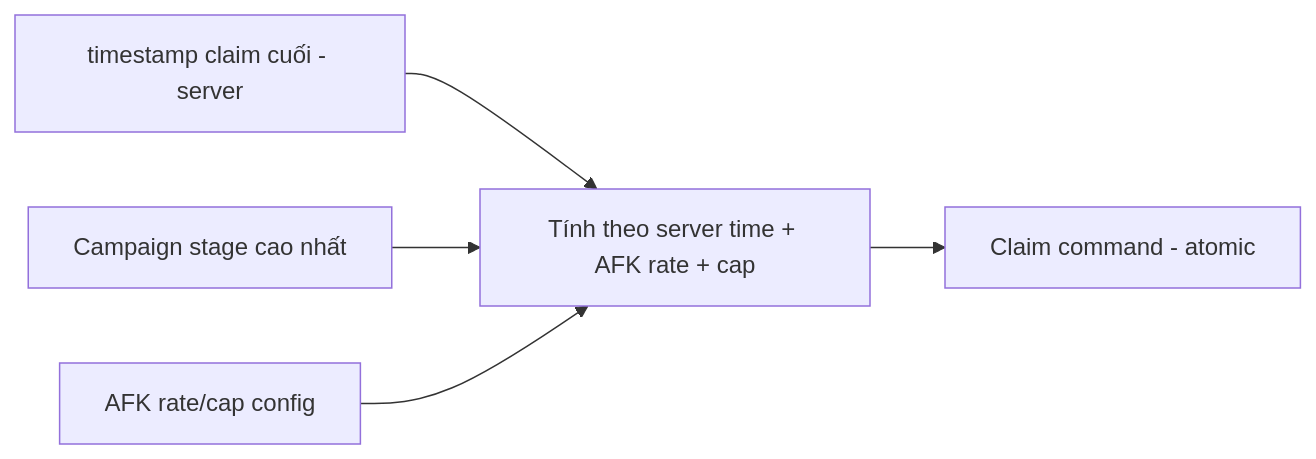
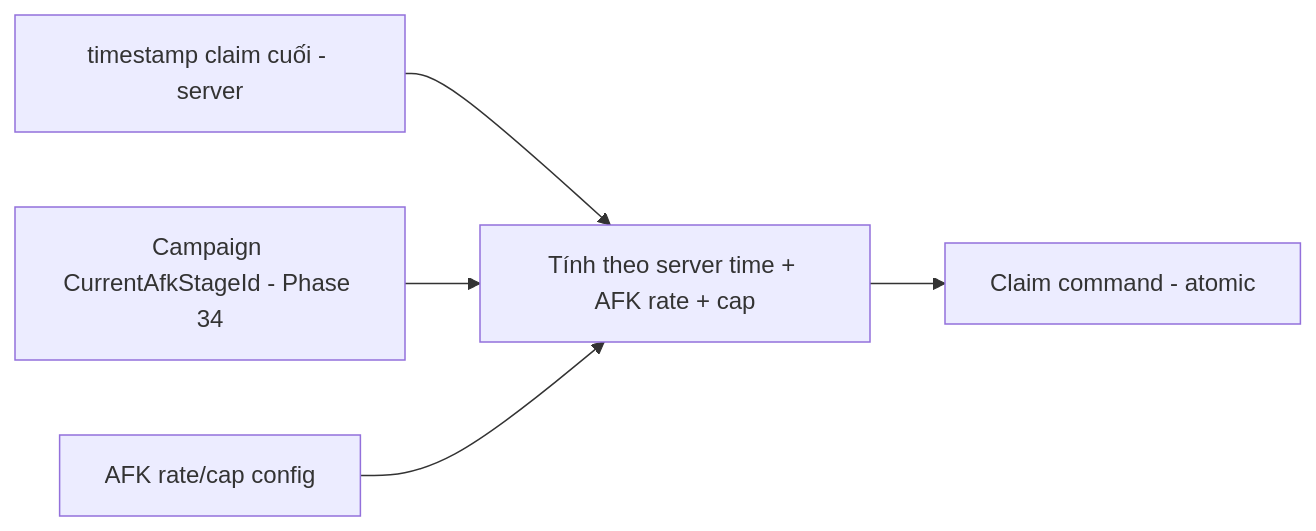
The diagram in docs/gameplay/progression-and-economy.md (NamTran-Dev-2712/game-turn-battle), drawn with Mermaid before and after one commit. The commit also changed other lines of this file and 84 other files, not shown here.

````diff
--- a/docs/gameplay/progression-and-economy.md
+++ b/docs/gameplay/progression-and-economy.md
@@ -69,7 +99,7 @@
 ```mermaid
 flowchart LR
     LastClaim[timestamp claim cuối - server] --> Calc[Tính theo server time + AFK rate + cap]
-    Stage[Campaign stage cao nhất] --> Calc
+    Stage[Campaign CurrentAfkStageId - Phase 34] --> Calc
     Config[AFK rate/cap config] --> Calc
     Calc --> Claim[Claim command - atomic]
 ```
````
